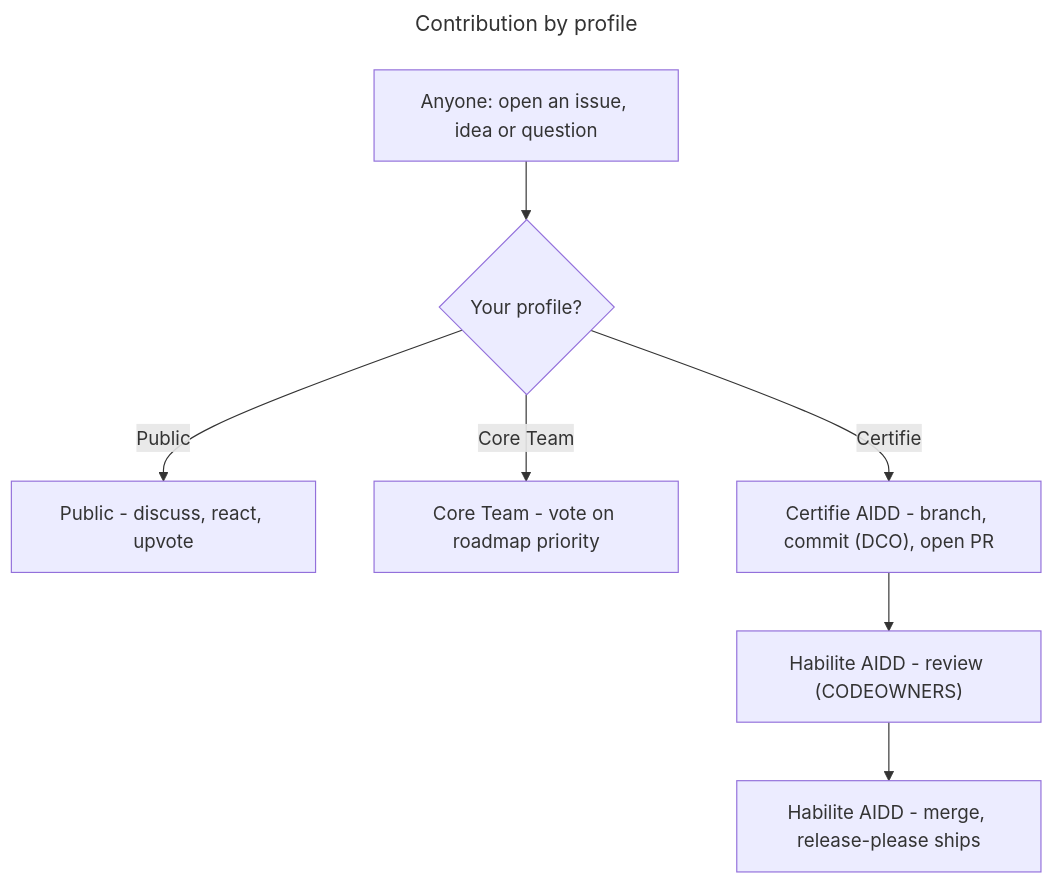
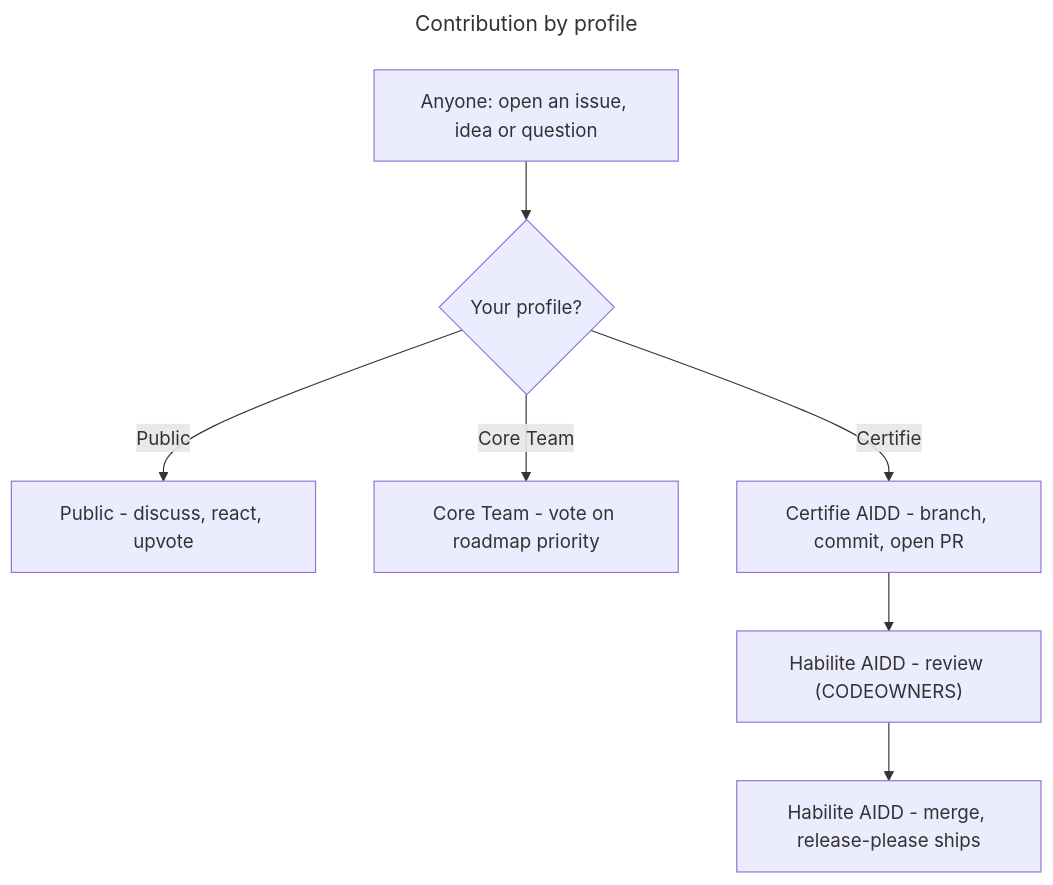
Before and after one commit to ai-driven-dev/framework: the diagram in CONTRIBUTING.md, drawn with Mermaid. The commit also changed other lines of this file and 5 other files, not shown here.

````diff
--- a/CONTRIBUTING.md
+++ b/CONTRIBUTING.md
@@ -9,20 +9,20 @@
 ```mermaid
 ---
 title: Contribution by profile
 ---
 flowchart TD
     Start["Anyone: open an issue, idea or question"]
     Who{"Your profile?"}
     Pub["Public - discuss, react, upvote"]
     Core["Core Team - vote on roadmap priority"]
-    Cert["Certifie AIDD - branch, commit (DCO), open PR"]
+    Cert["Certifie AIDD - branch, commit, open PR"]
     Rev["Habilite AIDD - review (CODEOWNERS)"]
     Merge["Habilite AIDD - merge, release-please ships"]
 
     Start --> Who
     Who -->|Public| Pub
     Who -->|Core Team| Core
     Who -->|Certifie| Cert
     Cert --> Rev
     Rev --> Merge
 ```
````
